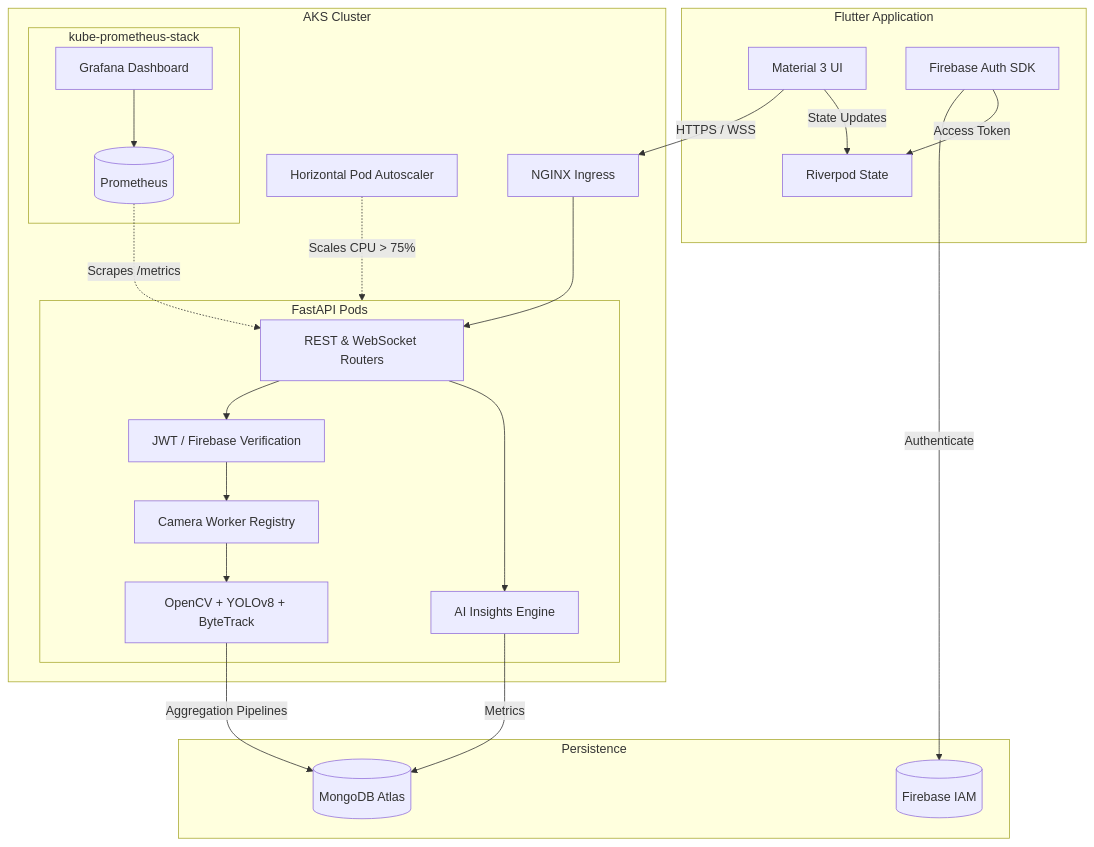
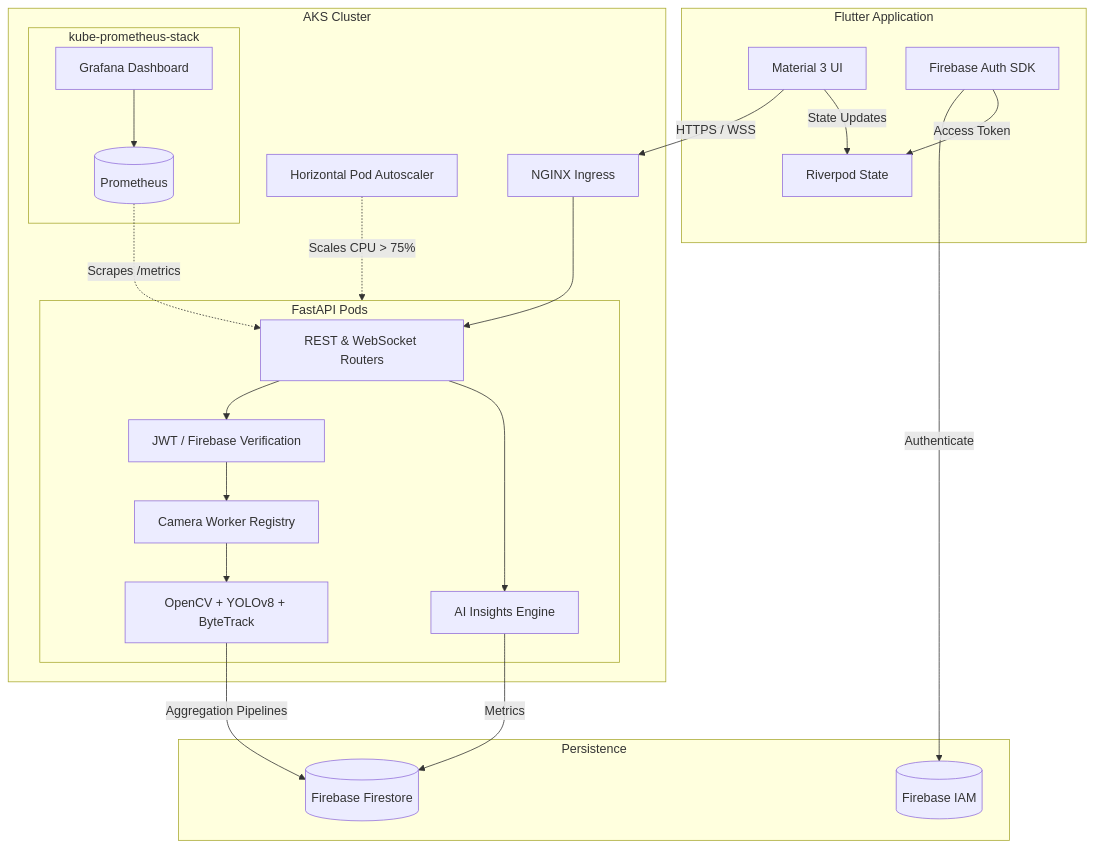
Before and after one commit to hemanthkumar-del/FootFalls-Analytics: the diagram in README.md, drawn with Mermaid. The commit also changed other lines of this file and 12 other files, not shown here.

Commit message:
refactor: migrate backend from MongoDB to Firestore

````diff
--- a/README.md
+++ b/README.md
@@ -22,48 +22,48 @@
 ```mermaid
 graph TD;
     subgraph Frontend [Flutter Application]
         UI[Material 3 UI]
         State[Riverpod State]
         Auth[Firebase Auth SDK]
     end
 
     subgraph Azure Kubernetes Service [AKS Cluster]
         Ingress[NGINX Ingress]
         HPA[Horizontal Pod Autoscaler]
         
         subgraph Backend [FastAPI Pods]
             API[REST & WebSocket Routers]
             AuthGuard[JWT / Firebase Verification]
             WorkerRegistry[Camera Worker Registry]
             CVEngine[OpenCV + YOLOv8 + ByteTrack]
             BIEngine[AI Insights Engine]
         end
 
         subgraph Observability [kube-prometheus-stack]
             Prometheus[(Prometheus)]
             Grafana[Grafana Dashboard]
         end
     end
 
     subgraph Data [Persistence]
-        Mongo[(MongoDB Atlas)]
+        Firestore[(Firebase Firestore)]
         Firebase[(Firebase IAM)]
     end
 
     UI -->|HTTPS / WSS| Ingress
     Ingress --> API
     HPA -.->|Scales CPU > 75%| Backend
     Prometheus -.->|Scrapes /metrics| API
     Grafana --> Prometheus
 
     UI -->|State Updates| State
     Auth -->|Authenticate| Firebase
     Auth -->|Access Token| State
 
     API --> AuthGuard
     AuthGuard --> WorkerRegistry
     WorkerRegistry --> CVEngine
-    CVEngine -->|Aggregation Pipelines| Mongo
+    CVEngine -->|Aggregation Pipelines| Firestore
     API --> BIEngine
-    BIEngine -->|Metrics| Mongo
+    BIEngine -->|Metrics| Firestore
 ```
````
